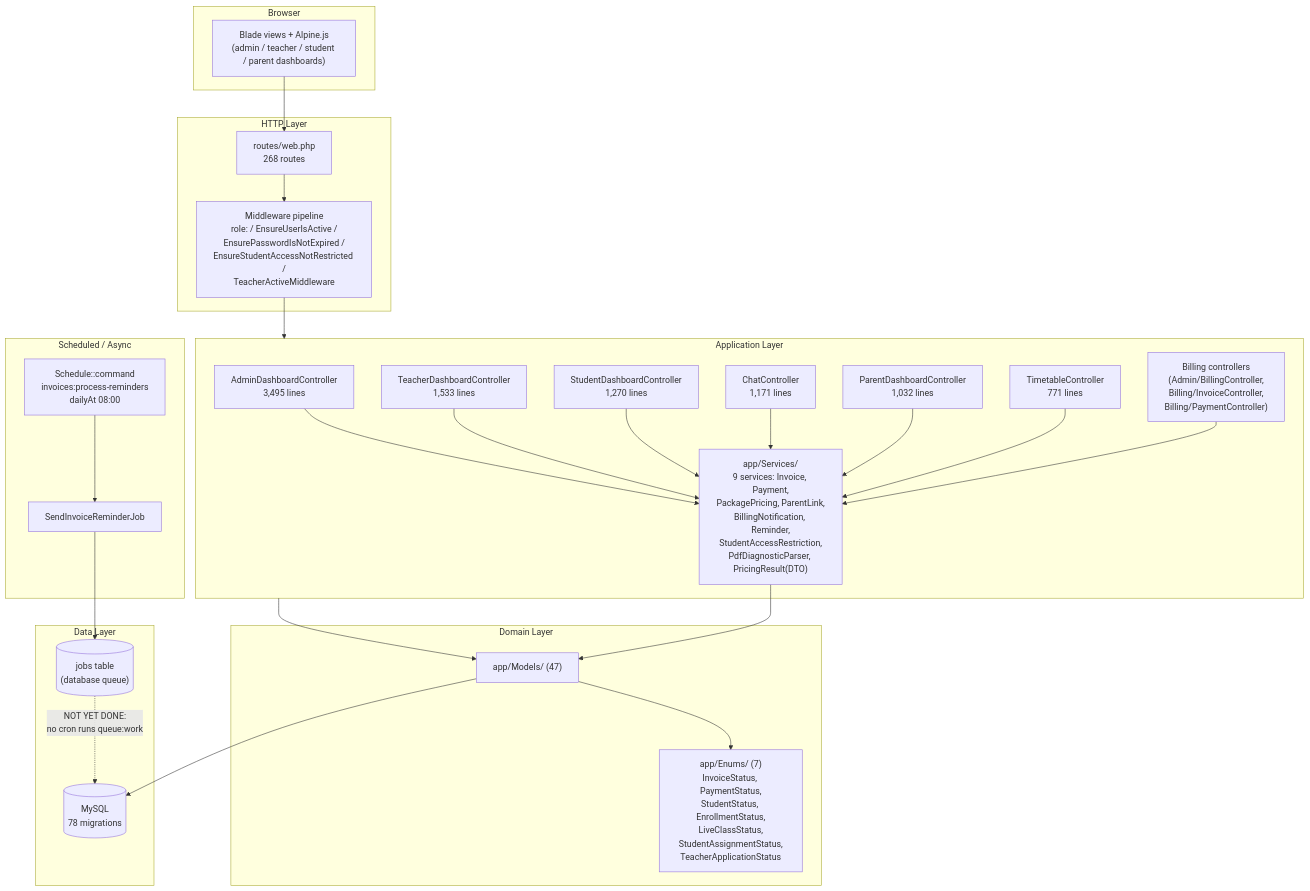
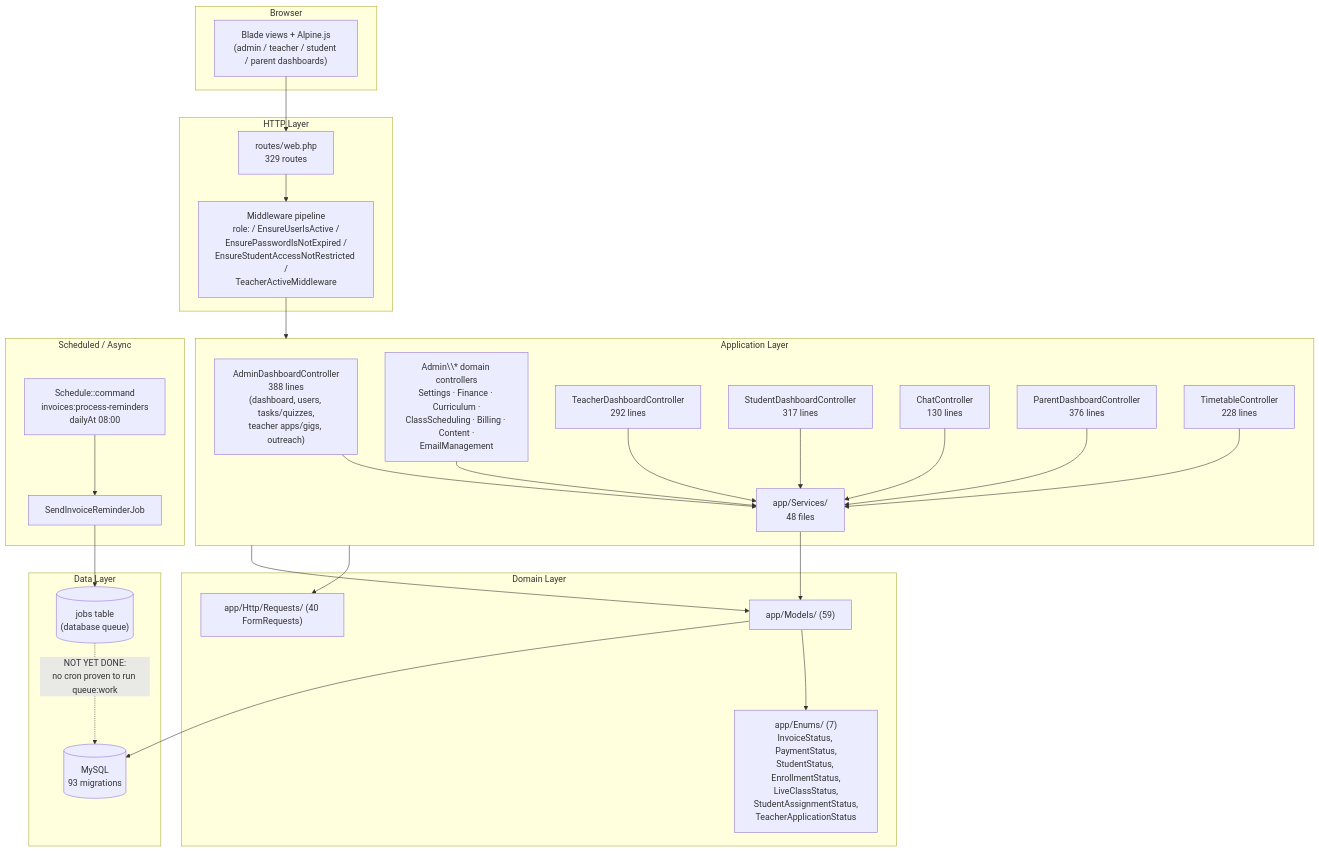
One commit to aqashayunus/scholars changed the first of 3 diagrams in docs/architecture.md. Above: the diagram before and after it, drawn with Mermaid. The commit also changed other lines of this file and 1 other file, not shown here.

````diff
--- a/docs/architecture.md
+++ b/docs/architecture.md
@@ -27,46 +25,48 @@
 ```mermaid
 graph TB
     subgraph Client["Browser"]
         UI["Blade views + Alpine.js<br/>(admin / teacher / student / parent dashboards)"]
     end
 
     subgraph HTTP["HTTP Layer"]
         MW["Middleware pipeline<br/>role: / EnsureUserIsActive /<br/>EnsurePasswordIsNotExpired /<br/>EnsureStudentAccessNotRestricted /<br/>TeacherActiveMiddleware"]
-        R["routes/web.php<br/>268 routes"]
+        R["routes/web.php<br/>329 routes"]
     end
 
     subgraph App["Application Layer"]
-        AC["AdminDashboardController<br/>3,495 lines"]
-        TC["TeacherDashboardController<br/>1,533 lines"]
-        SC["StudentDashboardController<br/>1,270 lines"]
-        CC["ChatController<br/>1,171 lines"]
-        PC["ParentDashboardController<br/>1,032 lines"]
-        TTC["TimetableController<br/>771 lines"]
-        BC["Billing controllers<br/>(Admin/BillingController,<br/>Billing/InvoiceController,<br/>Billing/PaymentController)"]
-        SVC["app/Services/<br/>9 services: Invoice, Payment,<br/>PackagePricing, ParentLink,<br/>BillingNotification, Reminder,<br/>StudentAccessRestriction,<br/>PdfDiagnosticParser, PricingResult(DTO)"]
+        AC["AdminDashboardController<br/>388 lines<br/>(dashboard, users, tasks/quizzes,<br/>teacher apps/gigs, outreach)"]
+        ADM["Admin\\* domain controllers<br/>Settings · Finance · Curriculum ·<br/>ClassScheduling · Billing · Content ·<br/>EmailManagement"]
+        TC["TeacherDashboardController<br/>292 lines"]
+        SC["StudentDashboardController<br/>317 lines"]
+        CC["ChatController<br/>130 lines"]
+        PC["ParentDashboardController<br/>376 lines"]
+        TTC["TimetableController<br/>228 lines"]
+        SVC["app/Services/<br/>48 files"]
     end
 
     subgraph Domain["Domain Layer"]
         ENUMS["app/Enums/ (7)<br/>InvoiceStatus, PaymentStatus,<br/>StudentStatus, EnrollmentStatus,<br/>LiveClassStatus,<br/>StudentAssignmentStatus,<br/>TeacherApplicationStatus"]
-        MODELS["app/Models/ (47)"]
+        MODELS["app/Models/ (59)"]
+        REQ["app/Http/Requests/ (40 FormRequests)"]
     end
 
     subgraph Data["Data Layer"]
-        DB[("MySQL<br/>78 migrations")]
+        DB[("MySQL<br/>93 migrations")]
         QUEUE[("jobs table<br/>(database queue)")]
     end
 
     subgraph Async["Scheduled / Async"]
         SCHED["Schedule::command<br/>invoices:process-reminders<br/>dailyAt 08:00"]
         JOB["SendInvoiceReminderJob"]
     end
 
     UI --> R --> MW --> App
-    AC & TC & SC & CC & PC & TTC & BC --> SVC
+    AC & ADM & TC & SC & CC & PC & TTC --> SVC
+    App --> REQ
     SVC --> MODELS
     App --> MODELS
     MODELS --> ENUMS
     MODELS --> DB
     SCHED --> JOB --> QUEUE
-    QUEUE -.->|"NOT YET DONE:<br/>no cron runs queue:work"| DB
+    QUEUE -.->|"NOT YET DONE:<br/>no cron proven to run queue:work"| DB
 ```
````
